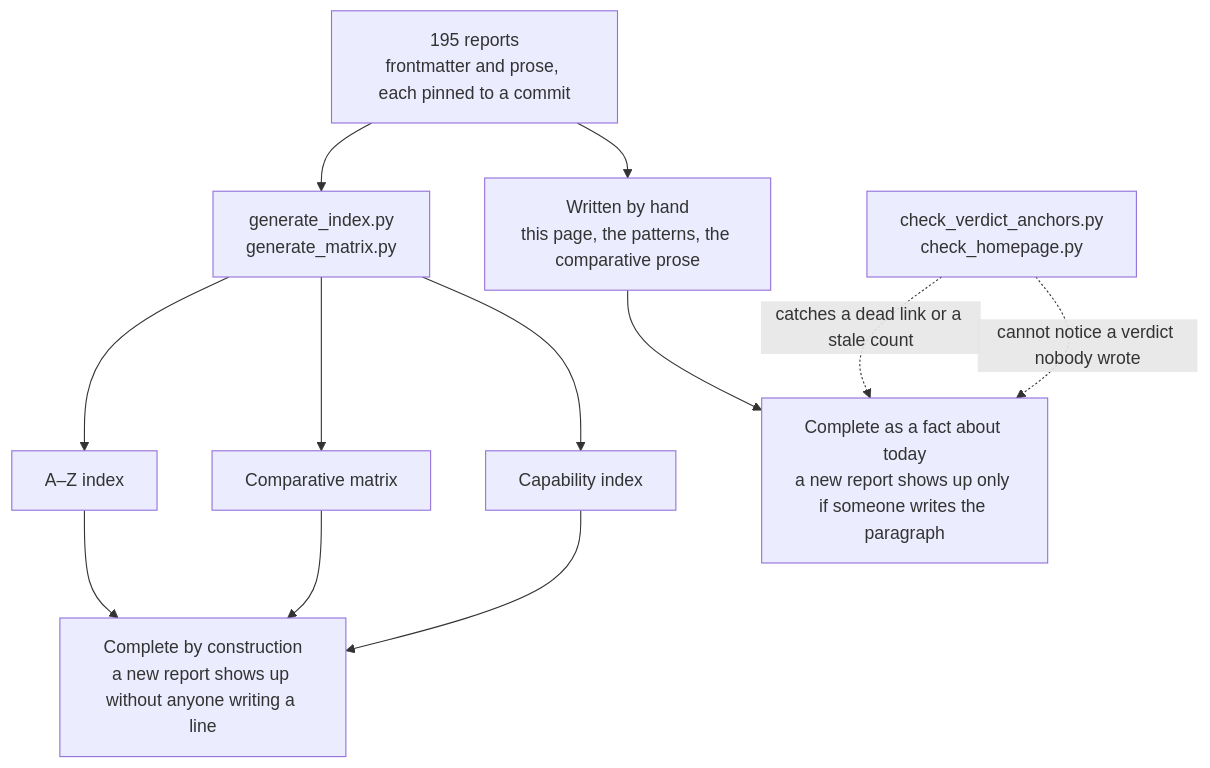
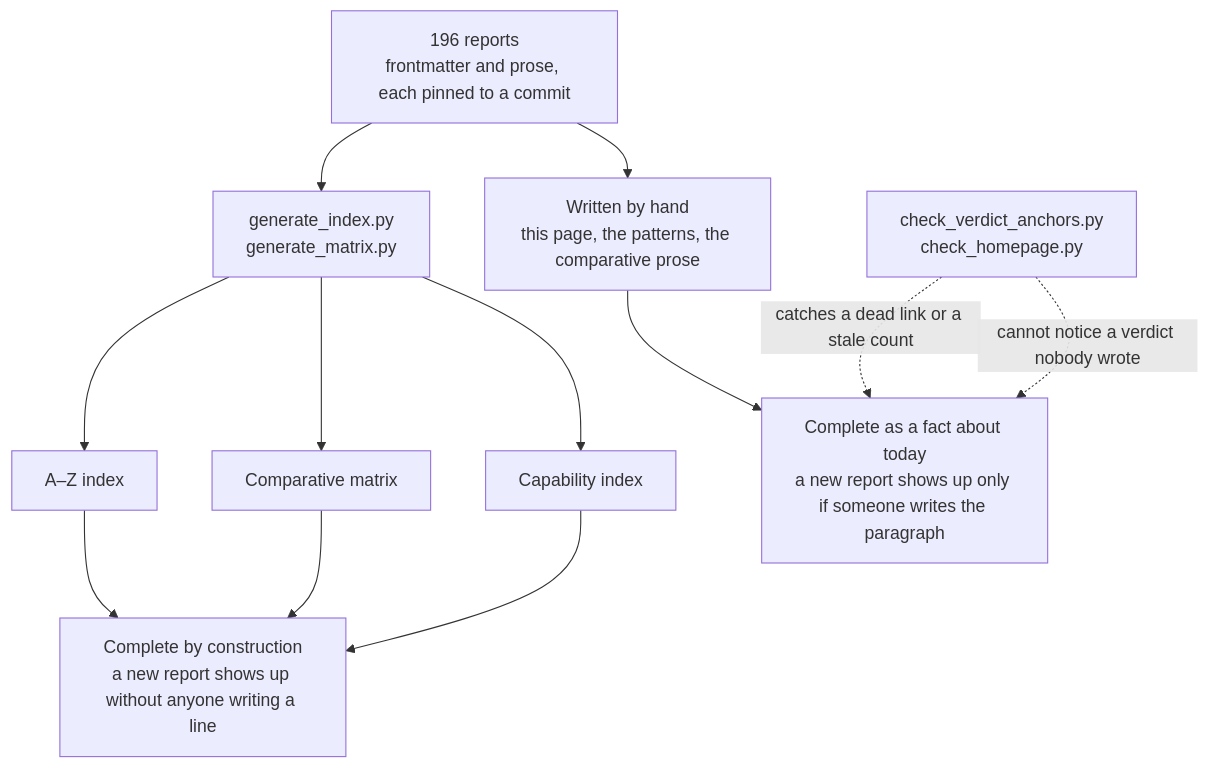
One commit to neoneye/agent-memory-atlas changed the diagram in content/verdicts.md. Above: the diagram before and after it, drawn with Mermaid. The commit also changed other lines of this file and 19 other files, not shown here.

````diff
--- a/content/verdicts.md
+++ b/content/verdicts.md
@@ -40,15 +40,15 @@
 ```mermaid
 flowchart TD
-    R["195 reports<br/>frontmatter and prose, each pinned to a commit"]
+    R["196 reports<br/>frontmatter and prose, each pinned to a commit"]
     R --> GEN["generate_index.py<br/>generate_matrix.py"]
     R --> HAND["Written by hand<br/>this page, the patterns, the comparative prose"]
     GEN --> AZ["A–Z index"]
     GEN --> MX["Comparative matrix"]
     GEN --> CI["Capability index"]
     AZ --> CONST["Complete by construction<br/>a new report shows up without anyone writing a line"]
     MX --> CONST
     CI --> CONST
     HAND --> TODAY["Complete as a fact about today<br/>a new report shows up only if someone writes the paragraph"]
     CHK["check_verdict_anchors.py<br/>check_homepage.py"] -.->|"catches a dead link or a stale count"| TODAY
     CHK -.->|"cannot notice a verdict nobody wrote"| TODAY
 ```
````
